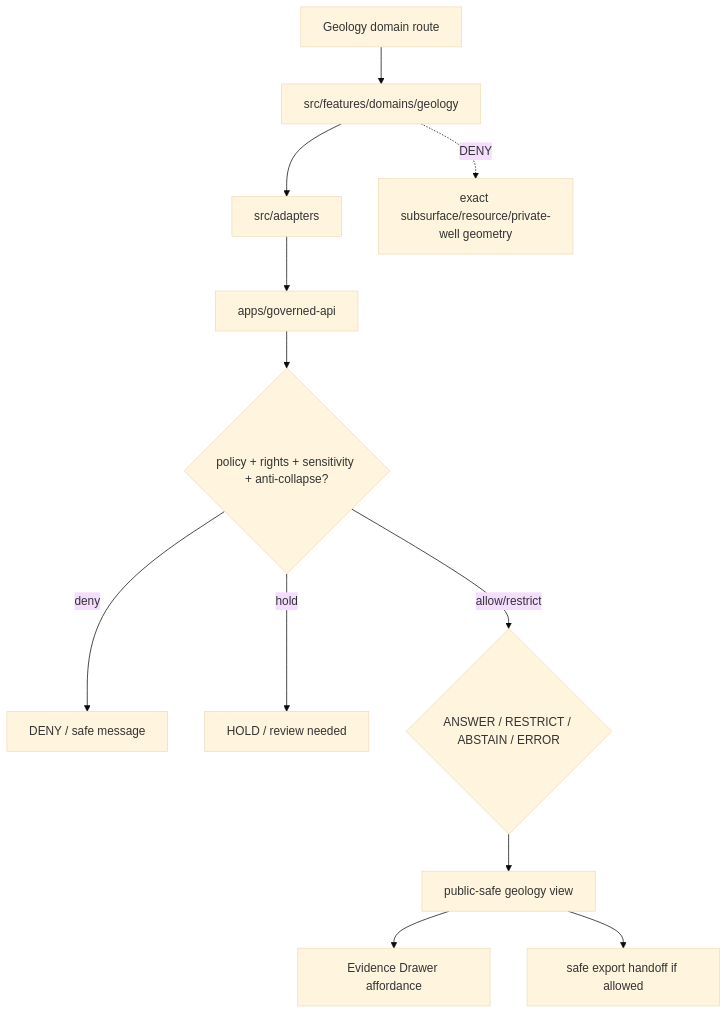
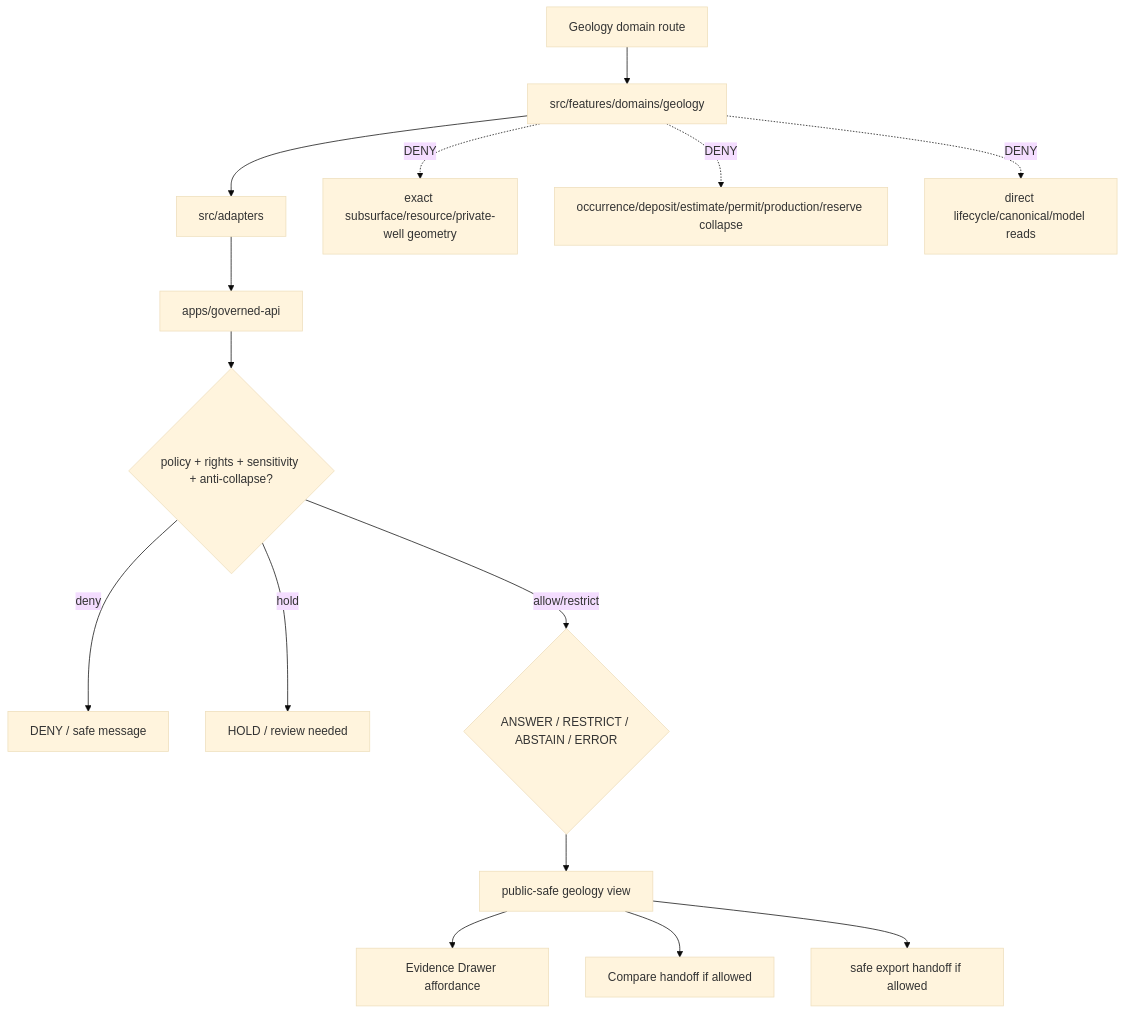
One commit to bartytime4life/Kansas-Frontier-Matrix changed the diagram in apps/explorer-web/src/features/domains/geology/README.md. Above: the diagram before and after it, drawn with Mermaid (base theme). The commit also changed other lines of this file, not shown here.

Commit message:
docs: update explorer web geology feature README

````diff
--- a/apps/explorer-web/src/features/domains/geology/README.md
+++ b/apps/explorer-web/src/features/domains/geology/README.md
@@ -216,14 +295,17 @@
 ```mermaid
 flowchart TD
     route["Geology domain route"] --> feature["src/features/domains/geology"]
     feature --> adapters["src/adapters"]
     adapters --> api["apps/governed-api"]
     api --> policy{"policy + rights + sensitivity + anti-collapse?"}
     policy -->|deny| deny["DENY / safe message"]
     policy -->|hold| hold["HOLD / review needed"]
     policy -->|allow/restrict| envelope{"ANSWER / RESTRICT / ABSTAIN / ERROR"}
     envelope --> view["public-safe geology view"]
     view --> evidence["Evidence Drawer affordance"]
+    view --> compare["Compare handoff if allowed"]
     view --> export["safe export handoff if allowed"]
     feature -. DENY .-> exact["exact subsurface/resource/private-well geometry"]
+    feature -. DENY .-> collapse["occurrence/deposit/estimate/permit/production/reserve collapse"]
+    feature -. DENY .-> data["direct lifecycle/canonical/model reads"]
 ```
````
